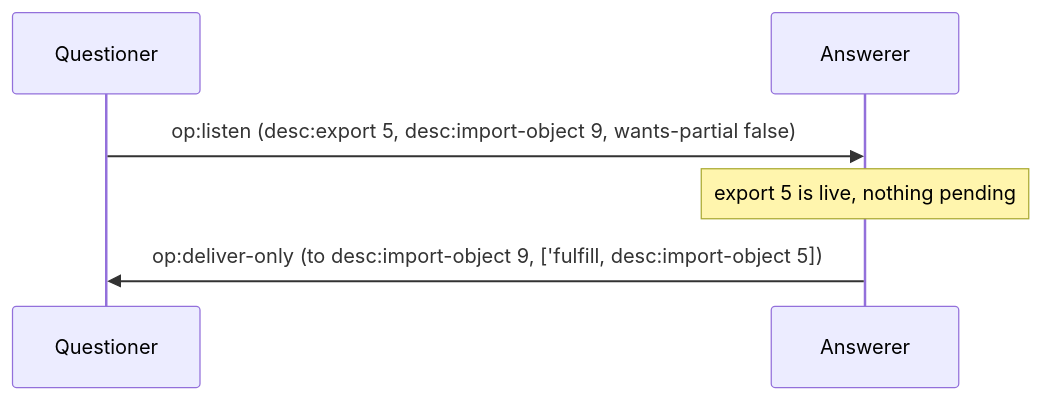
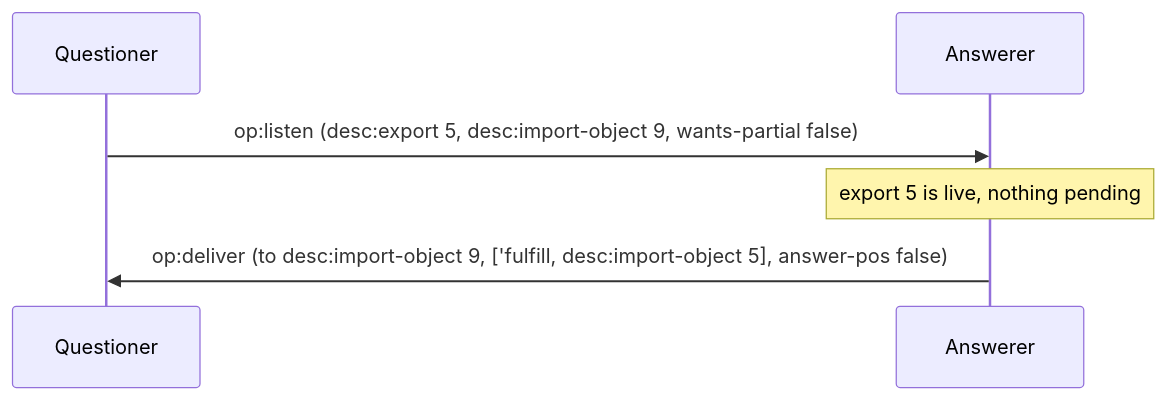
Before and after one commit to glowcap-org/glowcap: the seventh of 7 diagrams in docs/captp-examples/03-promises-and-pipelining.md, drawn with Mermaid. The commit also changed other lines of this file and 216 other files, not shown here.

````diff
--- a/docs/captp-examples/03-promises-and-pipelining.md
+++ b/docs/captp-examples/03-promises-and-pipelining.md
@@ -112,8 +112,8 @@
 ```mermaid
 sequenceDiagram
     participant Q as Questioner
     participant R as Answerer
     Q->>R: op:listen (desc:export 5, desc:import-object 9, wants-partial false)
     Note over R: export 5 is live, nothing pending
-    R->>Q: op:deliver-only (to desc:import-object 9, ['fulfill, desc:import-object 5])
+    R->>Q: op:deliver (to desc:import-object 9, ['fulfill, desc:import-object 5], answer-pos false)
 ```
````
